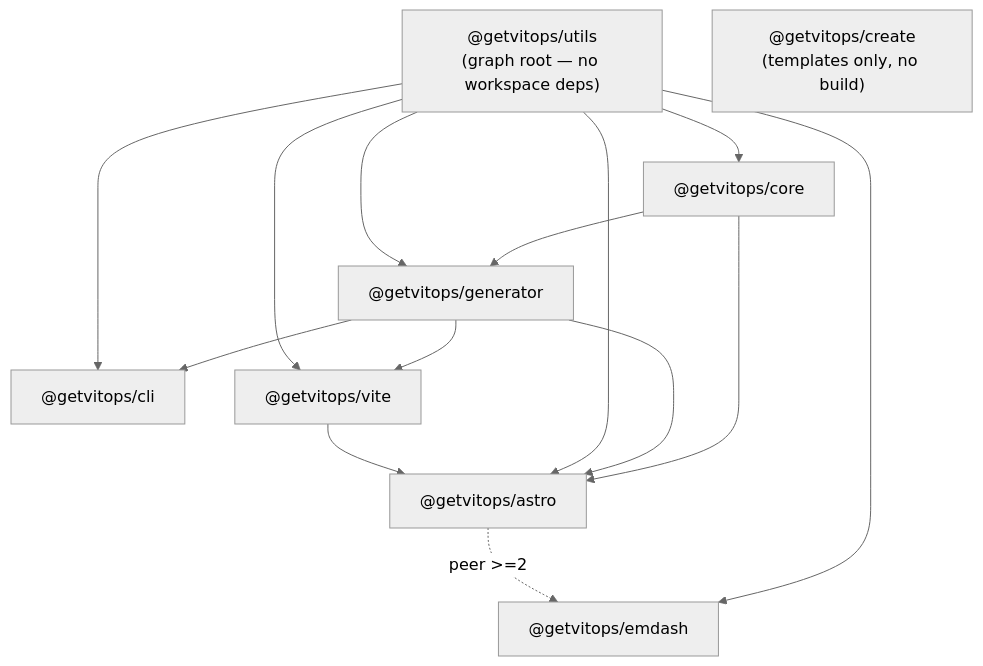
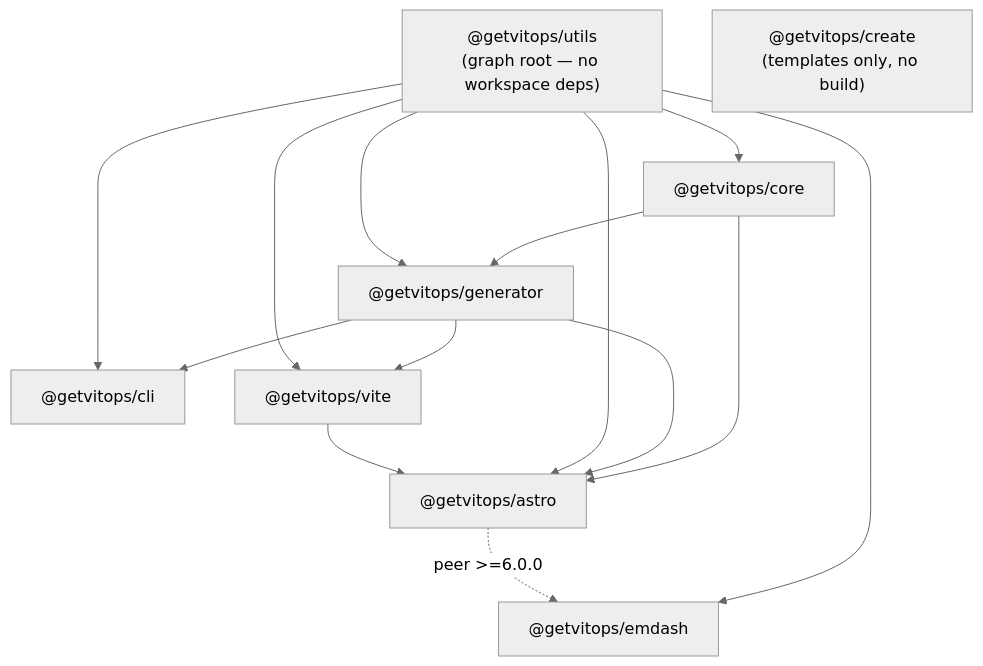
The second of 3 diagrams in ARCHITECTURE.md (getvitops/design-system), drawn with Mermaid (neutral theme) before and after one commit. The commit also changed other lines of this file and 310 other files, not shown here.

````diff
--- a/ARCHITECTURE.md
+++ b/ARCHITECTURE.md
@@ -228,24 +238,24 @@
 ```mermaid
 flowchart TD
   utils["@getvitops/utils<br/>(graph root — no workspace deps)"]
   core["@getvitops/core"]
   gen["@getvitops/generator"]
   cli["@getvitops/cli"]
   vp["@getvitops/vite"]
   as["@getvitops/astro"]
   em["@getvitops/emdash"]
   cr["@getvitops/create<br/>(templates only, no build)"]
 
   utils --> core --> gen
   utils --> gen
   gen --> cli
   utils --> cli
   gen --> vp
   utils --> vp
   core --> as
   gen --> as
   utils --> as
   vp --> as
   utils --> em
-  as -.->|"peer >=2"| em
+  as -.->|"peer >=6.0.0"| em
 ```
````
